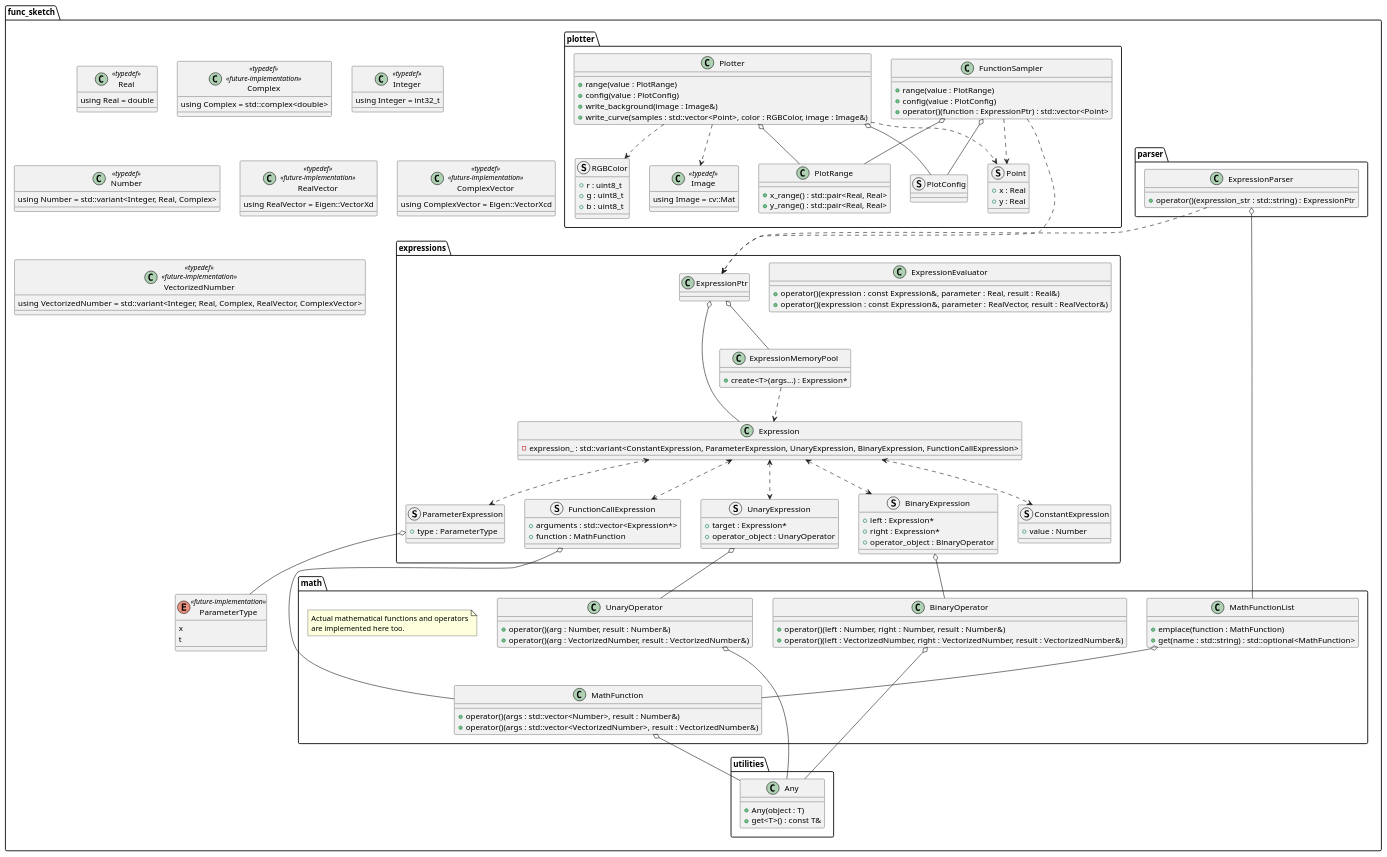
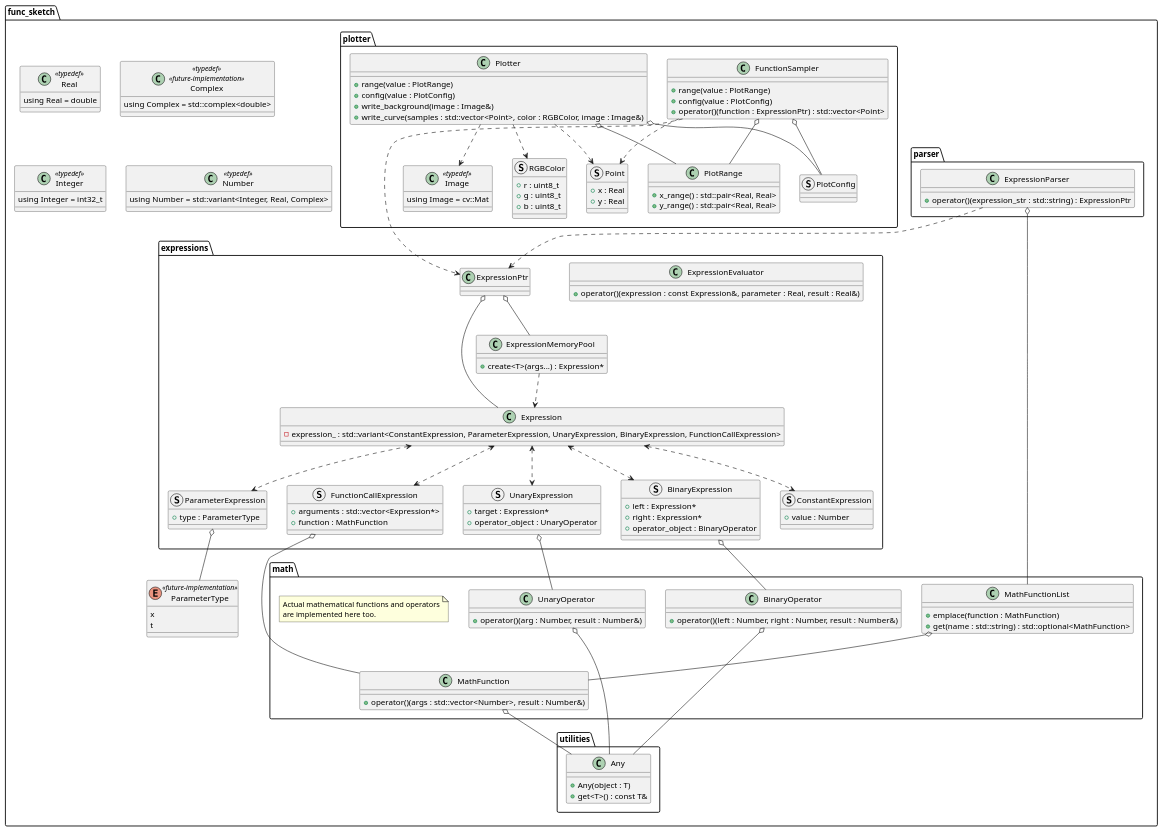
Before and after one commit to MusicScience37/FuncSketch: the diagram in docs/sphinx/design_notes/classes_cpp.puml, drawn with PlantUML.

Commit message:
:books: Remove vectorization from design notes.

```diff
--- a/docs/sphinx/design_notes/classes_cpp.puml
+++ b/docs/sphinx/design_notes/classes_cpp.puml
@@ -1,183 +1,167 @@
 @startuml classes_cpp
 
 package func_sketch {
     class Real <<typedef>> {
         using Real = double
     }
 
     class Complex <<typedef>> <<future-implementation>> {
         using Complex = std::complex<double>
     }
 
     class Integer <<typedef>> {
         using Integer = int32_t
     }
 
     class Number <<typedef>> {
         using Number = std::variant<Integer, Real, Complex>
     }
 
-    class RealVector <<typedef>> <<future-implementation>> {
-        using RealVector = Eigen::VectorXd
-    }
-
-    class ComplexVector <<typedef>> <<future-implementation>> {
-        using ComplexVector = Eigen::VectorXcd
-    }
-
-    class VectorizedNumber <<typedef>> <<future-implementation>> {
-        using VectorizedNumber = std::variant<Integer, Real, Complex, RealVector, ComplexVector>
-    }
-
     enum ParameterType <<future-implementation>> {
         x
         t
     }
 
     package utilities {
         class Any {
             + Any(object : T)
             + get<T>() : const T&
         }
     }
 
     package math {
         class UnaryOperator {
             + operator()(arg : Number, result : Number&)
-            + operator()(arg : VectorizedNumber, result : VectorizedNumber&)
         }
         UnaryOperator o-- Any
 
         class BinaryOperator {
             + operator()(left : Number, right : Number, result : Number&)
-            + operator()(left : VectorizedNumber, right : VectorizedNumber, result : VectorizedNumber&)
         }
         BinaryOperator o-- Any
 
         class MathFunction {
             + operator()(args : std::vector<Number>, result : Number&)
-            + operator()(args : std::vector<VectorizedNumber>, result : VectorizedNumber&)
         }
         MathFunction o-- Any
 
         class MathFunctionList {
             + emplace(function : MathFunction)
             + get(name : std::string) : std::optional<MathFunction>
         }
         MathFunctionList o-- MathFunction
 
         note as math_functions_note
             Actual mathematical functions and operators
             are implemented here too.
         end note
     }
 
     package expressions {
         class Expression {
             - expression_ : std::variant<ConstantExpression, ParameterExpression, UnaryExpression, BinaryExpression, FunctionCallExpression>
         }
 
         struct ConstantExpression {
             + value : Number
         }
         Expression <..> ConstantExpression
 
         struct ParameterExpression {
             + type : ParameterType
         }
         Expression <..> ParameterExpression
         ParameterExpression o-- ParameterType
 
         struct UnaryExpression {
             + target : Expression*
             + operator_object : UnaryOperator
         }
         Expression <..> UnaryExpression
         UnaryExpression o-- UnaryOperator
 
         struct BinaryExpression {
             + left : Expression*
             + right : Expression*
             + operator_object : BinaryOperator
         }
         Expression <..> BinaryExpression
         BinaryExpression o-- BinaryOperator
 
         struct FunctionCallExpression {
             + arguments : std::vector<Expression*>
             + function : MathFunction
         }
         Expression <..> FunctionCallExpression
         FunctionCallExpression o-- MathFunction
 
         class ExpressionMemoryPool {
             + create<T>(args...) : Expression*
         }
         ExpressionMemoryPool ..> Expression
 
         class ExpressionEvaluator {
             + operator()(expression : const Expression&, parameter : Real, result : Real&)
-            + operator()(expression : const Expression&, parameter : RealVector, result : RealVector&)
         }
 
         class ExpressionPtr
         ExpressionPtr o-- Expression
         ExpressionPtr o-- ExpressionMemoryPool
     }
 
     package parser {
         class ExpressionParser {
             + operator()(expression_str : std::string) : ExpressionPtr
         }
         ExpressionParser o-- MathFunctionList
         ExpressionParser ..> ExpressionPtr
     }
 
     package plotter {
         struct RGBColor {
             + r : uint8_t
             + g : uint8_t
             + b : uint8_t
         }
 
         struct Point {
             + x : Real
             + y : Real
         }
 
         class Image <<typedef>> {
             using Image = cv::Mat
         }
 
         class PlotRange {
             + x_range() : std::pair<Real, Real>
             + y_range() : std::pair<Real, Real>
         }
 
         struct PlotConfig
 
         class FunctionSampler {
             + range(value : PlotRange)
             + config(value : PlotConfig)
             + operator()(function : ExpressionPtr) : std::vector<Point>
         }
         FunctionSampler o-- PlotRange
         FunctionSampler o-- PlotConfig
         FunctionSampler ...> ExpressionPtr
         FunctionSampler ..> Point
 
         class Plotter {
             + range(value : PlotRange)
             + config(value : PlotConfig)
             + write_background(image : Image&)
             + write_curve(samples : std::vector<Point>, color : RGBColor, image : Image&)
         }
         Plotter o-- PlotRange
         Plotter o-- PlotConfig
         Plotter ..> Point
         Plotter ..> RGBColor
         Plotter ..> Image
     }
 }
 
 @enduml
```
